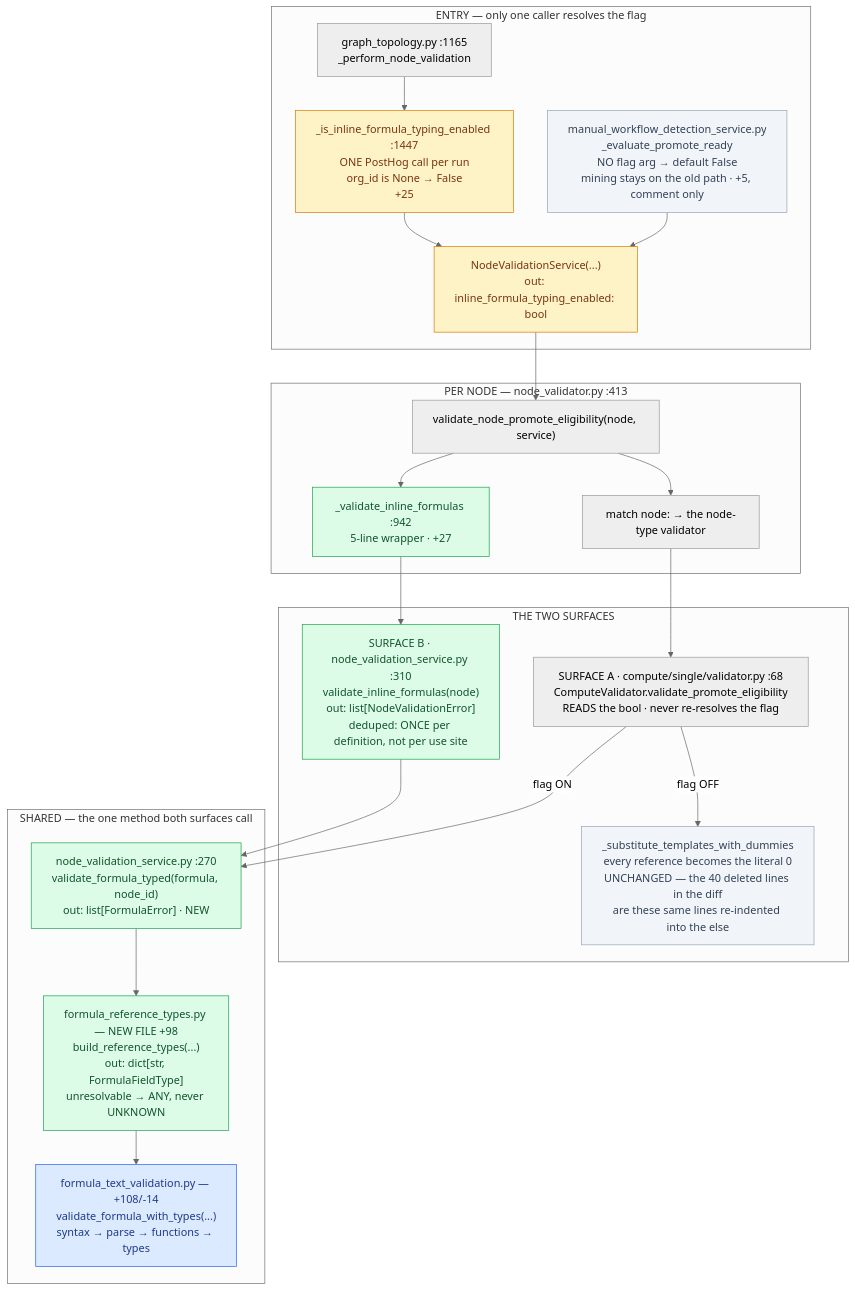
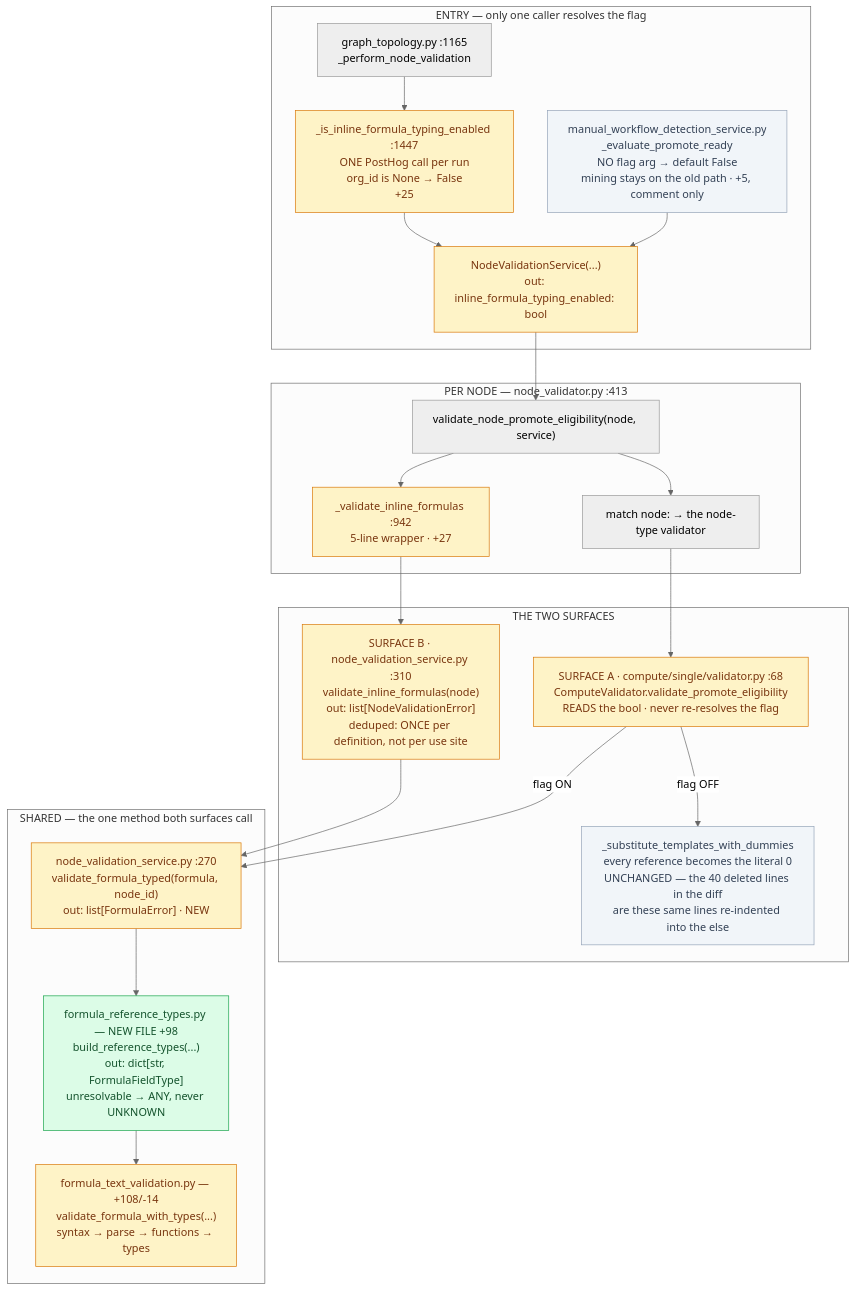
One commit to mohammad-reevo/mt-devkit changed the second of 2 diagrams in .claude/skills/make-diagram/references/shapes.md. Above: the diagram before and after it, drawn with Mermaid (neutral theme). The commit also changed other lines of this file and 2 other files, not shown here.

Commit message:
skill(make-diagram): key diagram colour to change status, not role
The colour rule asked for a key of 'new / untouched / shared / the one risky bit'. That is three axes wearing one coat: 'shared' answers topology, 'risky' answers judgement, and only 'new'/'untouched' answer what the reader of a plan or PR diagram is actually asking. A reader cannot tell which question a given fill is answering, so the palette stops carrying information — observed on a real plan diagram that had to be redrawn before it was legible.

Colour now keys one axis: NEW FILE / CHANGED / UNCHANGED. Topology and risk move into the label, where they were always better served. Adds the four labelling rules that did the work colour could not — name the file and what it gains, mark pure wiring as pure wiring, draw the node where the new thing actually appears, and annotate reachability on the new arm (the safety claim that is invisible in topology alone).

Reclasses the call-chain-spine worked example to the new key, since that example is where the mixed axis was being taught. Re-rendered through mmdc to confirm it still parses.

````diff
--- a/.claude/skills/make-diagram/references/shapes.md
+++ b/.claude/skills/make-diagram/references/shapes.md
@@ -83,49 +83,47 @@
 ```mermaid
 flowchart TD
 
   subgraph S1["ENTRY — only one caller resolves the flag"]
     GT["graph_topology.py :1165<br/>_perform_node_validation"]
     FF["_is_inline_formula_typing_enabled :1447<br/>ONE PostHog call per run<br/>org_id is None → False<br/>+25"]
     MW["manual_workflow_detection_service.py<br/>_evaluate_promote_ready<br/>NO flag arg → default False<br/>mining stays on the old path · +5, comment only"]
     SVC["NodeValidationService(...)<br/>out: inline_formula_typing_enabled: bool"]
     GT --> FF --> SVC
     MW --> SVC
   end
 
   subgraph S2["PER NODE — node_validator.py :413"]
     NV["validate_node_promote_eligibility(node, service)"]
     IFH["_validate_inline_formulas :942<br/>5-line wrapper · +27"]
     MATCH["match node: → the node-type validator"]
     NV --> IFH
     NV --> MATCH
   end
 
   subgraph S3["THE TWO SURFACES"]
     B["SURFACE B · node_validation_service.py :310<br/>validate_inline_formulas(node)<br/>out: list[NodeValidationError]<br/>deduped: ONCE per definition, not per use site"]
     A["SURFACE A · compute/single/validator.py :68<br/>ComputeValidator.validate_promote_eligibility<br/>READS the bool · never re-resolves the flag"]
     AOFF["_substitute_templates_with_dummies<br/>every reference becomes the literal 0<br/>UNCHANGED — the 40 deleted lines in the diff<br/>are these same lines re-indented into the else"]
     A -->|flag OFF| AOFF
   end
 
   subgraph S4["SHARED — the one method both surfaces call"]
     VFT["node_validation_service.py :270<br/>validate_formula_typed(formula, node_id)<br/>out: list[FormulaError] · NEW"]
     BRT["formula_reference_types.py — NEW FILE +98<br/>build_reference_types(...)<br/>out: dict[str, FormulaFieldType]<br/>unresolvable → ANY, never UNKNOWN"]
     VFWT["formula_text_validation.py — +108/-14<br/>validate_formula_with_types(...)<br/>syntax → parse → functions → types"]
     VFT --> BRT --> VFWT
   end
 
   SVC --> NV
   IFH --> B
   MATCH --> A
   B --> VFT
   A -->|flag ON| VFT
 
-  classDef newcode fill:#dcfce7,stroke:#16a34a,color:#14532d
-  classDef untouched fill:#f1f5f9,stroke:#94a3b8,color:#334155
-  classDef flagnode fill:#fef3c7,stroke:#d97706,color:#78350f
-  classDef shared fill:#dbeafe,stroke:#2563eb,color:#1e3a8a
-  class FF,SVC flagnode
-  class IFH,B,VFT,BRT newcode
-  class AOFF,MW untouched
-  class VFWT shared
+  classDef newfile fill:#dcfce7,stroke:#16a34a,color:#14532d
+  classDef changed fill:#fef3c7,stroke:#d97706,color:#78350f
+  classDef unchanged fill:#f1f5f9,stroke:#94a3b8,color:#334155
+  class BRT newfile
+  class FF,SVC,IFH,B,VFT,VFWT,A changed
+  class AOFF,MW unchanged
 ```
````
